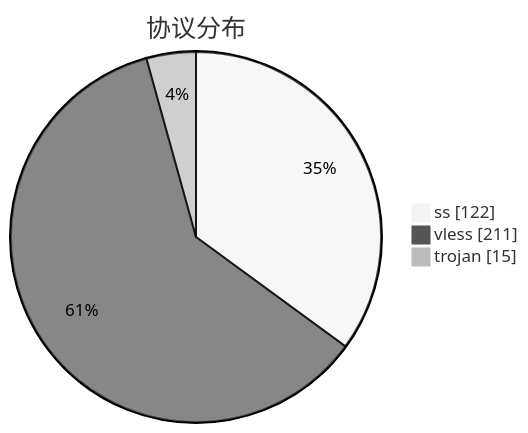
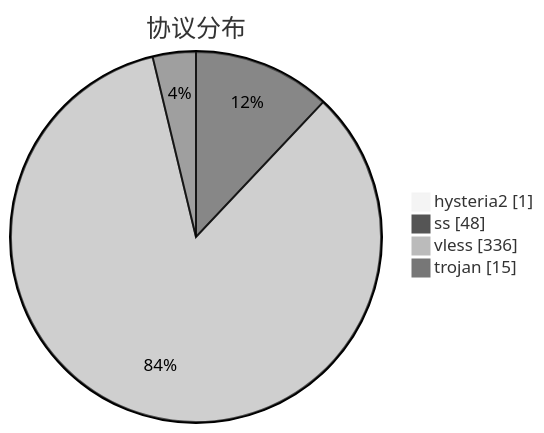
The third of 3 diagrams in subs/statistics/tested_within.md (qjlxg/airport), drawn with Mermaid (neutral theme) before and after one commit. The commit also changed other lines of this file and 2 other files, not shown here.

````diff
--- a/subs/statistics/tested_within.md
+++ b/subs/statistics/tested_within.md
@@ -18,7 +19,8 @@
 ```mermaid
 pie showData
 title 协议分布
-"ss" : 122
-"vless" : 211
+"hysteria2" : 1
+"ss" : 48
+"vless" : 336
 "trojan" : 15
 ```
````
